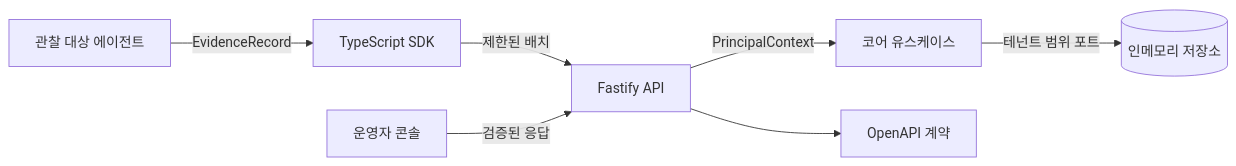
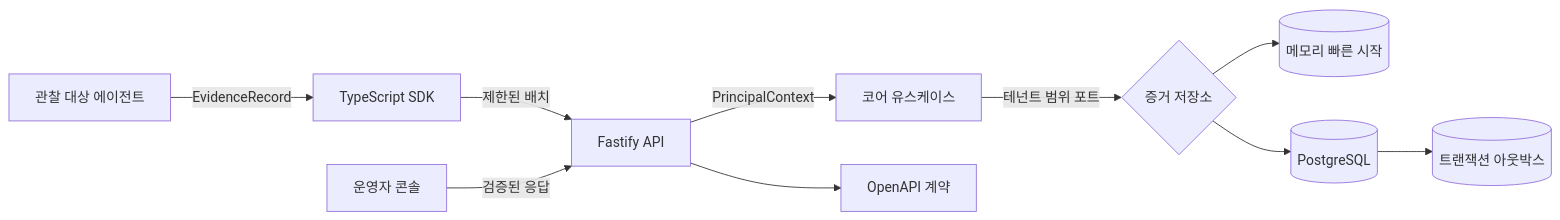
One commit to Kwondh0321/proofstack changed the diagram in README.ko.md. Above: the diagram before and after it, drawn with Mermaid. The commit also changed other lines of this file and 4 other files, not shown here.

````diff
--- a/README.ko.md
+++ b/README.ko.md
@@ -50,9 +53,12 @@
 ```mermaid
 flowchart LR
     A[관찰 대상 에이전트] -->|EvidenceRecord| S[TypeScript SDK]
     S -->|제한된 배치| H[Fastify API]
     H -->|PrincipalContext| C[코어 유스케이스]
-    C -->|테넌트 범위 포트| R[(인메모리 저장소)]
+    C -->|테넌트 범위 포트| R{증거 저장소}
+    R --> M[(메모리 빠른 시작)]
+    R --> P[(PostgreSQL)]
+    P --> X[(트랜잭션 아웃박스)]
     W[운영자 콘솔] -->|검증된 응답| H
     H --> O[OpenAPI 계약]
 ```
````
